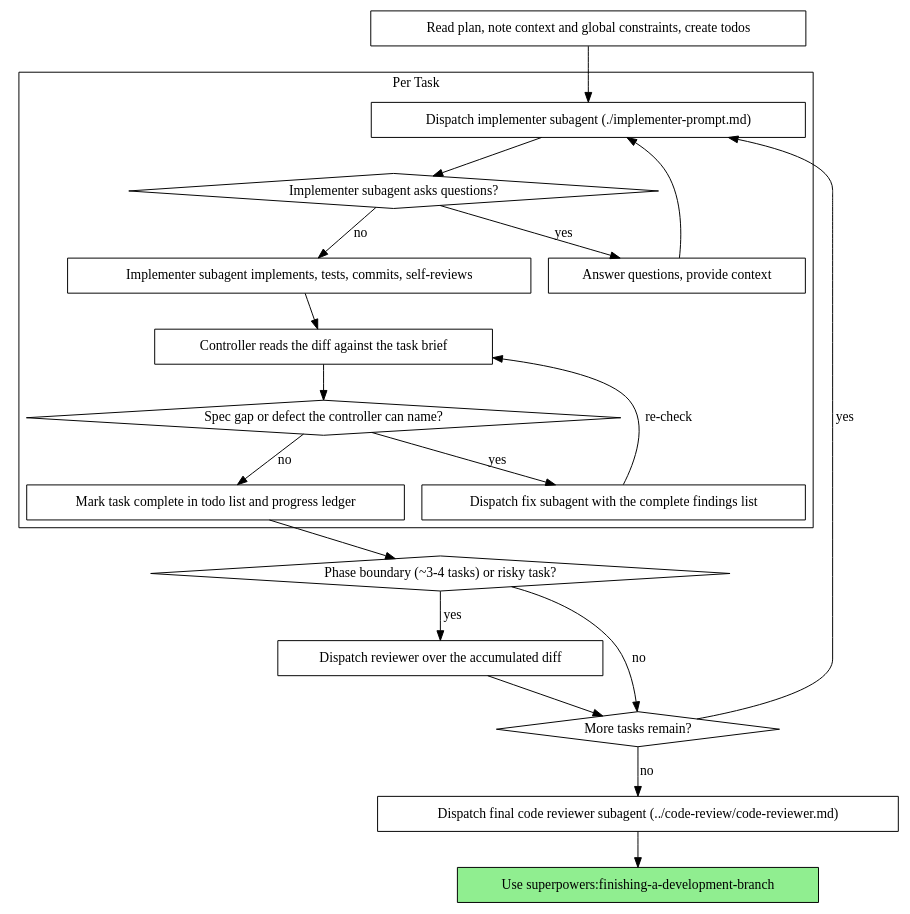
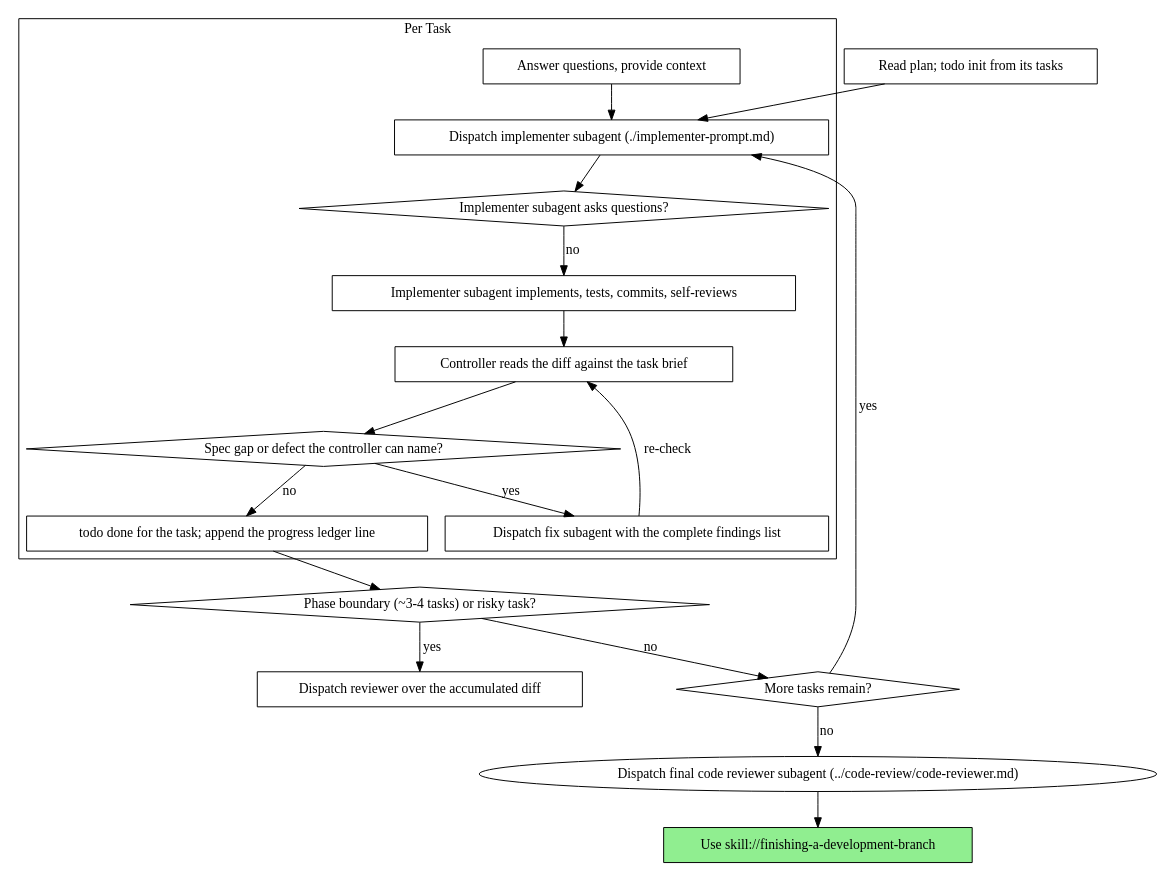
Before and after one commit to ismaelga/omp-config: the second of 2 diagrams in agent/skills/subagent-driven-development/SKILL.md, drawn with Graphviz. The commit also changed other lines of this file and 13 other files, not shown here.

````diff
--- a/agent/skills/subagent-driven-development/SKILL.md
+++ b/agent/skills/subagent-driven-development/SKILL.md
@@ -43,42 +43,40 @@
 ```dot
 digraph process {
     rankdir=TB;
 
     subgraph cluster_per_task {
         label="Per Task";
         "Dispatch implementer subagent (./implementer-prompt.md)" [shape=box];
         "Implementer subagent asks questions?" [shape=diamond];
         "Answer questions, provide context" [shape=box];
         "Implementer subagent implements, tests, commits, self-reviews" [shape=box];
         "Controller reads the diff against the task brief" [shape=box];
         "Spec gap or defect the controller can name?" [shape=diamond];
         "Dispatch fix subagent with the complete findings list" [shape=box];
-        "Mark task complete in todo list and progress ledger" [shape=box];
+        "todo done for the task; append the progress ledger line" [shape=box];
     }
 
-    "Read plan, note context and global constraints, create todos" [shape=box];
+    "Read plan; todo init from its tasks" [shape=box];
+
     "Phase boundary (~3-4 tasks) or risky task?" [shape=diamond];
     "Dispatch reviewer over the accumulated diff" [shape=box];
     "More tasks remain?" [shape=diamond];
-    "Dispatch final code reviewer subagent (../code-review/code-reviewer.md)" [shape=box];
-    "Use superpowers:finishing-a-development-branch" [shape=box style=filled fillcolor=lightgreen];
+    "Use skill://finishing-a-development-branch" [shape=box style=filled fillcolor=lightgreen];
 
-    "Read plan, note context and global constraints, create todos" -> "Dispatch implementer subagent (./implementer-prompt.md)";
     "Dispatch implementer subagent (./implementer-prompt.md)" -> "Implementer subagent asks questions?";
-    "Implementer subagent asks questions?" -> "Answer questions, provide context" [label="yes"];
+    "Read plan; todo init from its tasks" -> "Dispatch implementer subagent (./implementer-prompt.md)";
     "Answer questions, provide context" -> "Dispatch implementer subagent (./implementer-prompt.md)";
     "Implementer subagent asks questions?" -> "Implementer subagent implements, tests, commits, self-reviews" [label="no"];
     "Implementer subagent implements, tests, commits, self-reviews" -> "Controller reads the diff against the task brief";
     "Controller reads the diff against the task brief" -> "Spec gap or defect the controller can name?";
     "Spec gap or defect the controller can name?" -> "Dispatch fix subagent with the complete findings list" [label="yes"];
     "Dispatch fix subagent with the complete findings list" -> "Controller reads the diff against the task brief" [label="re-check"];
-    "Spec gap or defect the controller can name?" -> "Mark task complete in todo list and progress ledger" [label="no"];
-    "Mark task complete in todo list and progress ledger" -> "Phase boundary (~3-4 tasks) or risky task?";
+    "Spec gap or defect the controller can name?" -> "todo done for the task; append the progress ledger line" [label="no"];
     "Phase boundary (~3-4 tasks) or risky task?" -> "Dispatch reviewer over the accumulated diff" [label="yes"];
-    "Dispatch reviewer over the accumulated diff" -> "More tasks remain?";
+    "todo done for the task; append the progress ledger line" -> "Phase boundary (~3-4 tasks) or risky task?";
     "Phase boundary (~3-4 tasks) or risky task?" -> "More tasks remain?" [label="no"];
     "More tasks remain?" -> "Dispatch implementer subagent (./implementer-prompt.md)" [label="yes"];
     "More tasks remain?" -> "Dispatch final code reviewer subagent (../code-review/code-reviewer.md)" [label="no"];
-    "Dispatch final code reviewer subagent (../code-review/code-reviewer.md)" -> "Use superpowers:finishing-a-development-branch";
+    "Dispatch final code reviewer subagent (../code-review/code-reviewer.md)" -> "Use skill://finishing-a-development-branch";
 }
 ```
````
